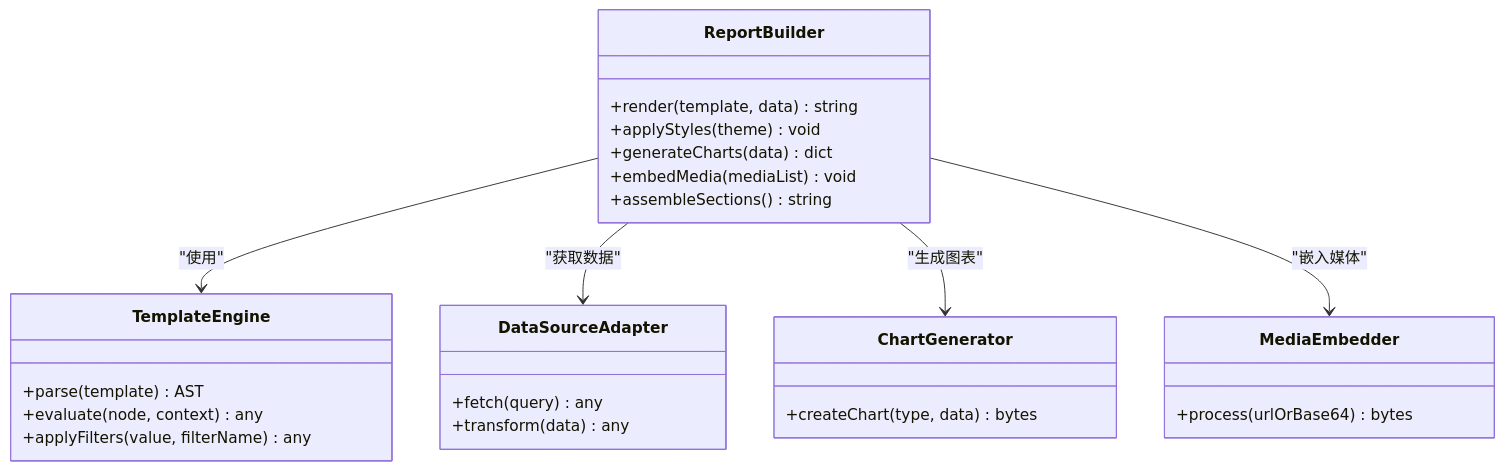
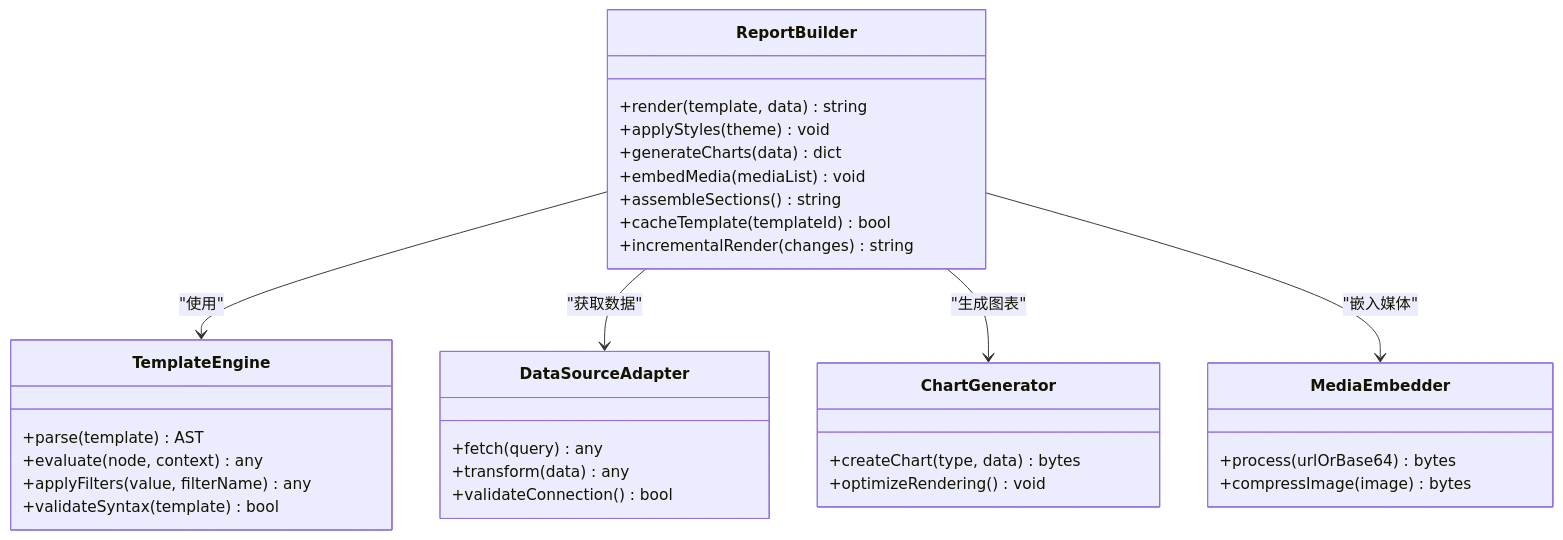
The fourth of 5 diagrams in .qoder/repowiki/zh/content/业务服务层/报告构建服务.md (vu1Art1st/talos), drawn with Mermaid before and after one commit. The commit also changed other lines of this file and 129 other files, not shown here.

````diff
--- a/.qoder/repowiki/zh/content/业务服务层/报告构建服务.md
+++ b/.qoder/repowiki/zh/content/业务服务层/报告构建服务.md
@@ -199,29 +212,35 @@
 ```mermaid
 classDiagram
 class ReportBuilder {
 +render(template, data) string
 +applyStyles(theme) void
 +generateCharts(data) dict
 +embedMedia(mediaList) void
 +assembleSections() string
++cacheTemplate(templateId) bool
++incrementalRender(changes) string
 }
 class TemplateEngine {
 +parse(template) AST
 +evaluate(node, context) any
 +applyFilters(value, filterName) any
++validateSyntax(template) bool
 }
 class DataSourceAdapter {
 +fetch(query) any
 +transform(data) any
++validateConnection() bool
 }
 class ChartGenerator {
 +createChart(type, data) bytes
++optimizeRendering() void
 }
 class MediaEmbedder {
 +process(urlOrBase64) bytes
++compressImage(image) bytes
 }
 ReportBuilder --> TemplateEngine : "使用"
 ReportBuilder --> DataSourceAdapter : "获取数据"
 ReportBuilder --> ChartGenerator : "生成图表"
 ReportBuilder --> MediaEmbedder : "嵌入媒体"
 ```
````
